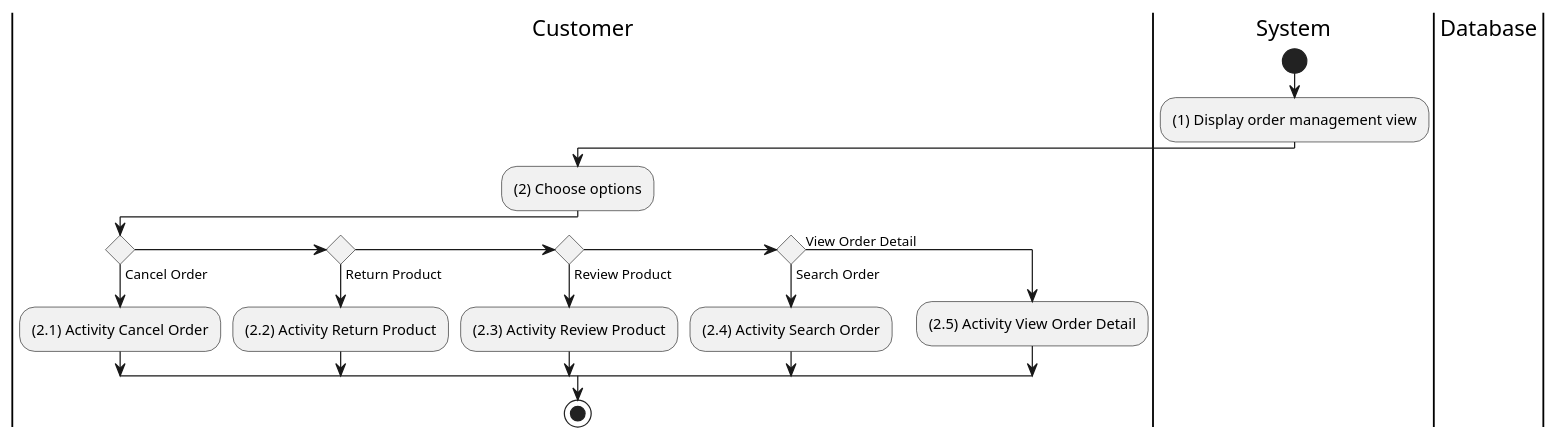
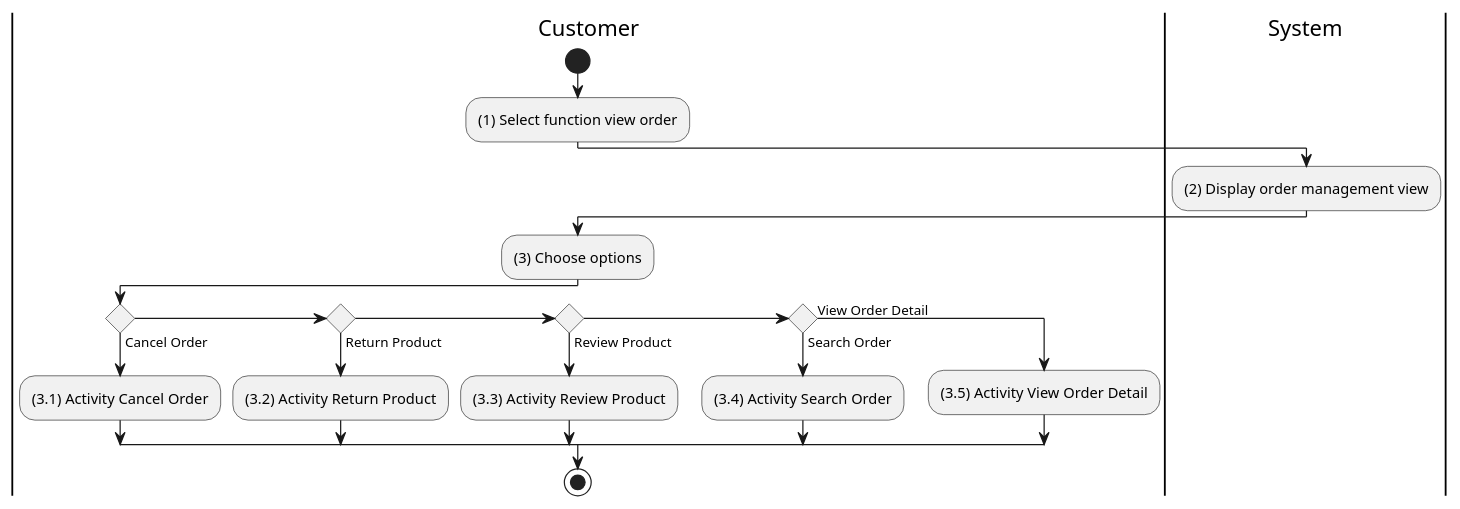
One commit to electricilies/electricilies.github.io changed the diagram in docs/software-docs/activity/view-order/view-order.md. Above: the diagram before and after it, drawn with PlantUML. The commit also changed 47 other files, not shown here.

````diff
--- a/docs/software-docs/activity/view-order/view-order.md
+++ b/docs/software-docs/activity/view-order/view-order.md
@@ -3,27 +3,27 @@
 ```plantuml
 @startuml
 |C|Customer
 |S|System
-|D|Database
-
-|S|
-start
-:(1) Display order management view;
 
 |C|
-:(2) Choose options;
+start
+:(1) Select function view order;
+|S|
+:(2) Display order management view;
+|C|
+:(3) Choose options;
 if () then (Cancel Order)
-  :(2.1) Activity Cancel Order;
+  :(3.1) Activity Cancel Order;
 elseif () then (Return Product)
-  :(2.2) Activity Return Product;
+  :(3.2) Activity Return Product;
 elseif () then (Review Product)
-  :(2.3) Activity Review Product;
+  :(3.3) Activity Review Product;
 elseif () then (Search Order)
-  :(2.4) Activity Search Order;
+  :(3.4) Activity Search Order;
 else (View Order Detail)
-  :(2.5) Activity View Order Detail;
+  :(3.5) Activity View Order Detail;
 endif
-
+|C|
 stop
 @enduml
 ```
````
